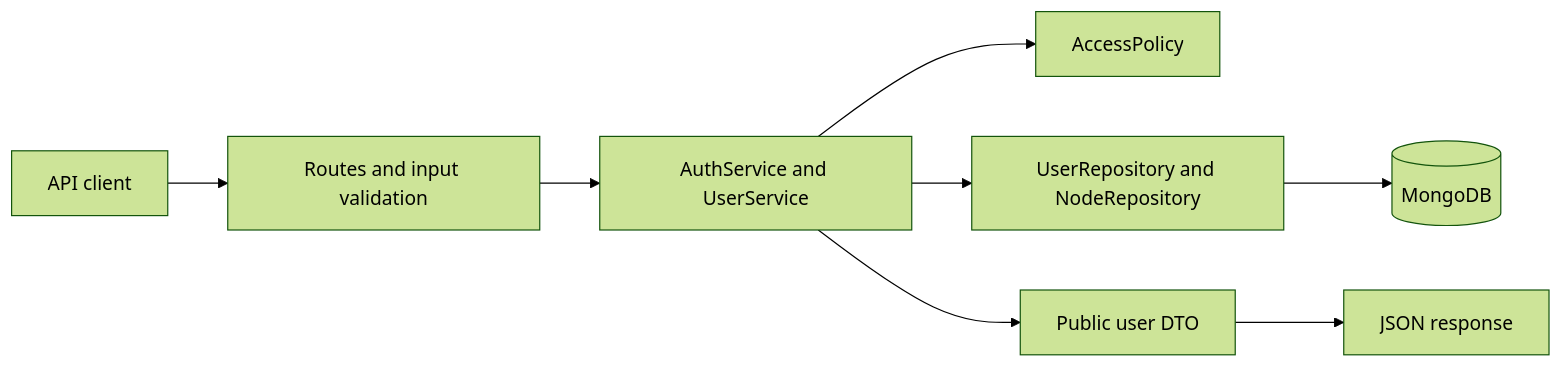
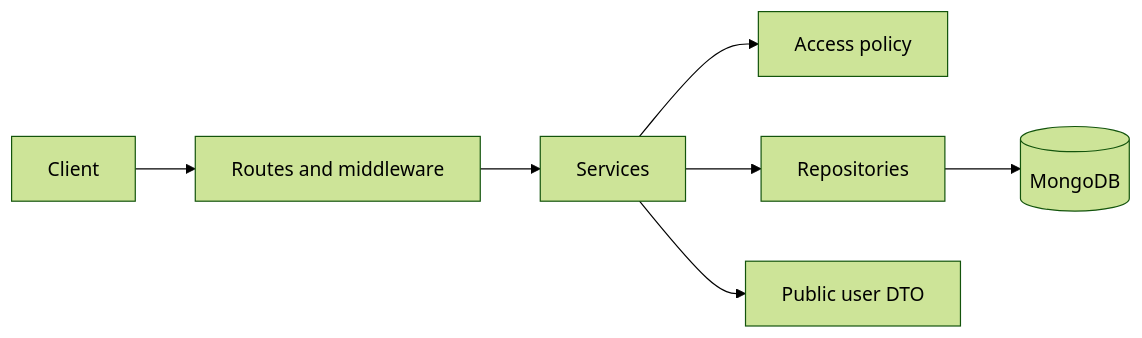
Before and after one commit to markomijanovic/grocery-store-api: the diagram in README.md, drawn with Mermaid (forest theme). The commit also changed other lines of this file, not shown here.

````diff
--- a/README.md
+++ b/README.md
@@ -233,10 +152,9 @@
 ```mermaid
 flowchart LR
-    CLIENT[API client] --> ROUTES[Routes and input validation]
-    ROUTES --> SERVICES[AuthService and UserService]
-    SERVICES --> POLICY[AccessPolicy]
-    SERVICES --> REPOSITORIES[UserRepository and NodeRepository]
-    REPOSITORIES --> DB[(MongoDB)]
-    SERVICES --> DTO[Public user DTO]
-    DTO --> RESPONSE[JSON response]
+    Client --> HTTP[Routes and middleware]
+    HTTP --> Services
+    Services --> Policy[Access policy]
+    Services --> Repositories
+    Repositories --> MongoDB[(MongoDB)]
+    Services --> DTO[Public user DTO]
 ```
````
